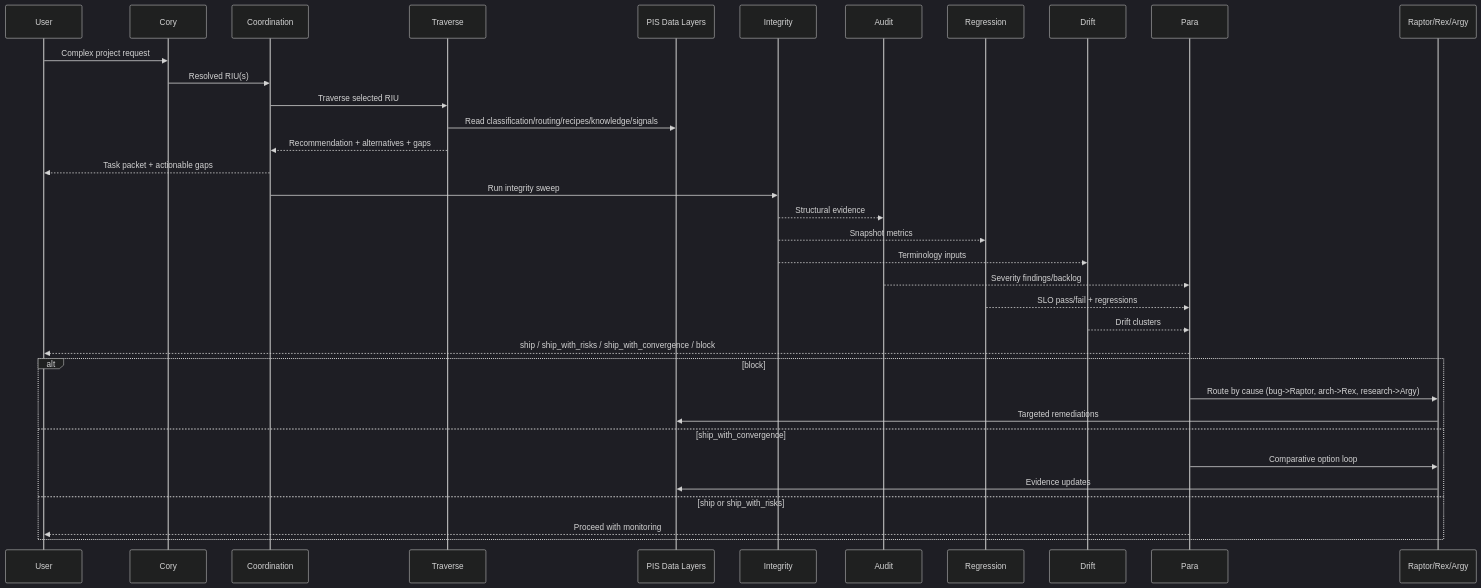
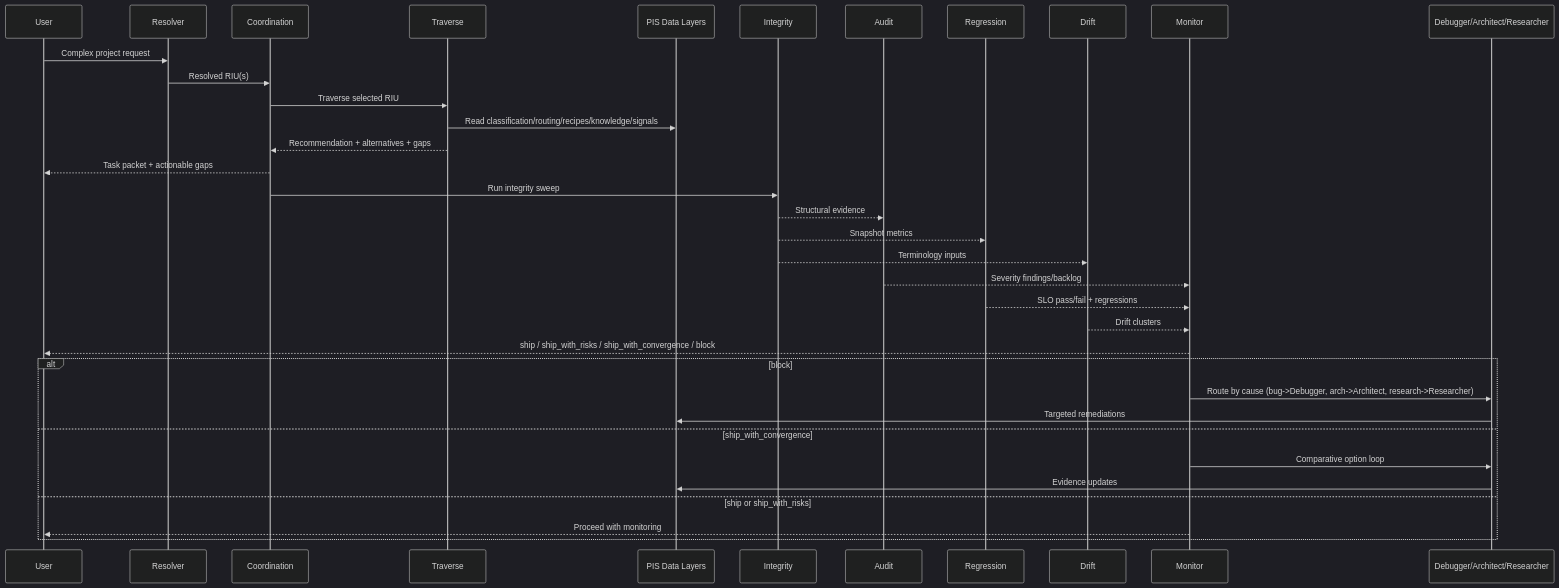
Before and after one commit to pretendhome/palette: the second of 3 diagrams in docs/architecture/PIS_E2E_SYSTEM_GRAPH_2026-03-02.md, drawn with Mermaid (dark theme). The commit also changed other lines of this file and 96 other files, not shown here.

````diff
--- a/docs/architecture/PIS_E2E_SYSTEM_GRAPH_2026-03-02.md
+++ b/docs/architecture/PIS_E2E_SYSTEM_GRAPH_2026-03-02.md
@@ -52,41 +52,41 @@
 ```mermaid
 sequenceDiagram
   participant User
-  participant Cory
+  participant Resolver
   participant Coord as Coordination
   participant Trav as Traverse
   participant Data as PIS Data Layers
   participant Int as Integrity
   participant Aud as Audit
   participant Reg as Regression
   participant Drift as Drift
-  participant Para
-  participant Agents as Raptor/Rex/Argy
+  participant Monitor
+  participant Agents as Debugger/Architect/Researcher
 
-  User->>Cory: Complex project request
-  Cory->>Coord: Resolved RIU(s)
+  User->>Resolver: Complex project request
+  Resolver->>Coord: Resolved RIU(s)
   Coord->>Trav: Traverse selected RIU
   Trav->>Data: Read classification/routing/recipes/knowledge/signals
   Trav-->>Coord: Recommendation + alternatives + gaps
   Coord-->>User: Task packet + actionable gaps
 
   Coord->>Int: Run integrity sweep
   Int-->>Aud: Structural evidence
   Int-->>Reg: Snapshot metrics
   Int-->>Drift: Terminology inputs
 
-  Aud-->>Para: Severity findings/backlog
-  Reg-->>Para: SLO pass/fail + regressions
-  Drift-->>Para: Drift clusters
+  Aud-->>Monitor: Severity findings/backlog
+  Reg-->>Monitor: SLO pass/fail + regressions
+  Drift-->>Monitor: Drift clusters
 
-  Para-->>User: ship / ship_with_risks / ship_with_convergence / block
+  Monitor-->>User: ship / ship_with_risks / ship_with_convergence / block
   alt block
-    Para->>Agents: Route by cause (bug->Raptor, arch->Rex, research->Argy)
+    Monitor->>Agents: Route by cause (bug->Debugger, arch->Architect, research->Researcher)
     Agents->>Data: Targeted remediations
   else ship_with_convergence
-    Para->>Agents: Comparative option loop
+    Monitor->>Agents: Comparative option loop
     Agents->>Data: Evidence updates
   else ship or ship_with_risks
-    Para-->>User: Proceed with monitoring
+    Monitor-->>User: Proceed with monitoring
   end
 ```
````
